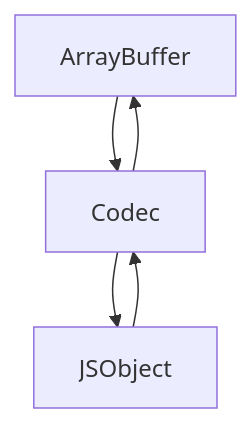
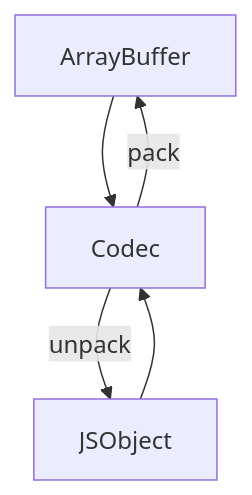
The diagram in packages/experiment-molecule/README.md (ckb-js/lumos), drawn with Mermaid before and after one commit. The commit also changed other lines of this file, not shown here.

````diff
--- a/packages/experiment-molecule/README.md
+++ b/packages/experiment-molecule/README.md
@@ -7,7 +7,7 @@
 ```mermaid
 graph TD;
     ArrayBuffer-->Codec;
-    Codec-->JSObject;
+    Codec-->|unpack|JSObject;
     JSObject-->Codec;
-    Codec-->ArrayBuffer
+    Codec-->|pack|ArrayBuffer
 ```
````
